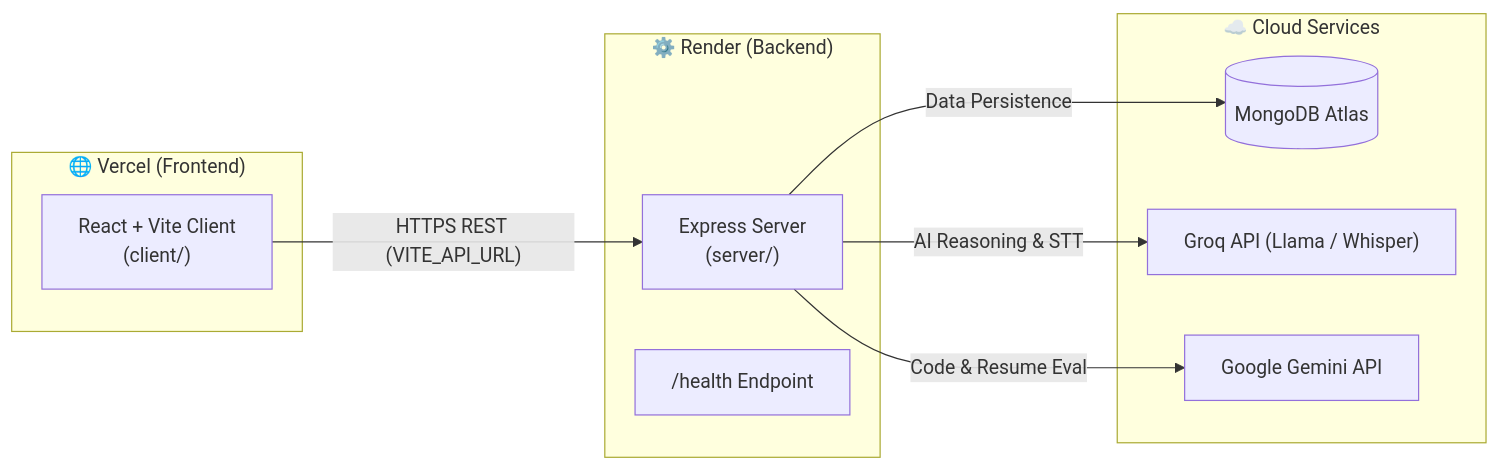
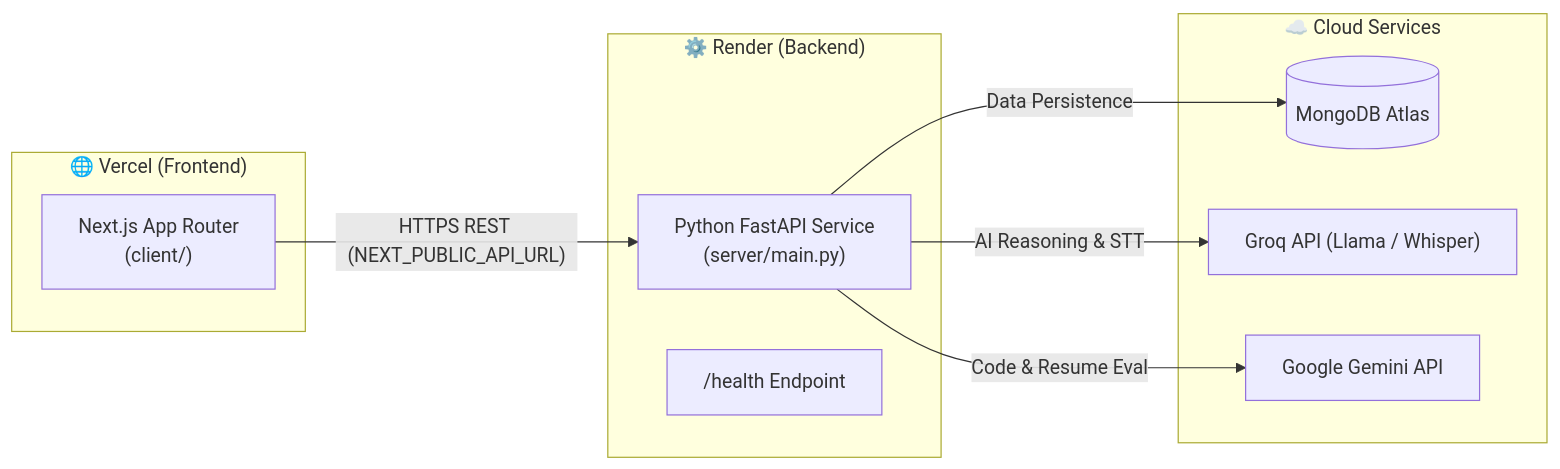
Before and after one commit to chakrichitteti24-afk/smith-Ai: the diagram in README.md, drawn with Mermaid. The commit also changed other lines of this file and 34 other files, not shown here.

Commit message:
feat: migrate frontend to Next.js App Router, set FastAPI backend for Render, and enforce OWASP Top 10 security

````diff
--- a/README.md
+++ b/README.md
@@ -63,22 +72,22 @@
 ```mermaid
 flowchart LR
     subgraph Vercel ["🌐 Vercel (Frontend)"]
-        ClientApp["React + Vite Client\n(client/)"]
+        NextApp["Next.js App Router\n(client/)"]
     end
 
     subgraph Render ["⚙️ Render (Backend)"]
-        BackendAPI["Express Server\n(server/)"]
+        FastAPI["Python FastAPI Service\n(server/main.py)"]
         HealthEndpoint["/health Endpoint"]
     end
 
     subgraph Services ["☁️ Cloud Services"]
         MongoDB[(MongoDB Atlas)]
         Groq["Groq API (Llama / Whisper)"]
         Gemini["Google Gemini API"]
     end
 
-    ClientApp -->|"HTTPS REST (VITE_API_URL)"| BackendAPI
-    BackendAPI -->|"Data Persistence"| MongoDB
-    BackendAPI -->|"AI Reasoning & STT"| Groq
-    BackendAPI -->|"Code & Resume Eval"| Gemini
+    NextApp -->|"HTTPS REST (NEXT_PUBLIC_API_URL)"| FastAPI
+    FastAPI -->|"Data Persistence"| MongoDB
+    FastAPI -->|"AI Reasoning & STT"| Groq
+    FastAPI -->|"Code & Resume Eval"| Gemini
 ```
````
